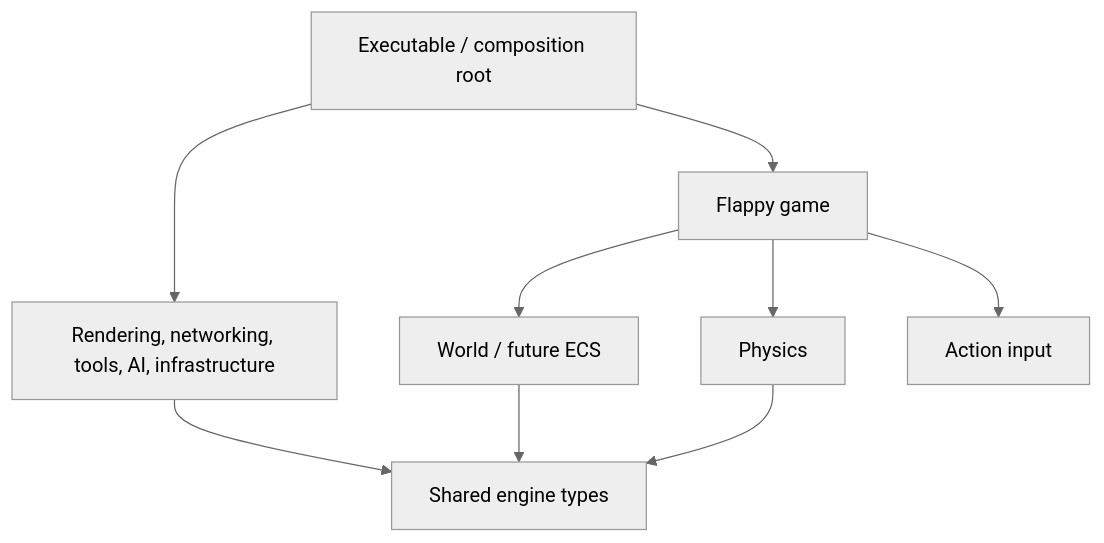
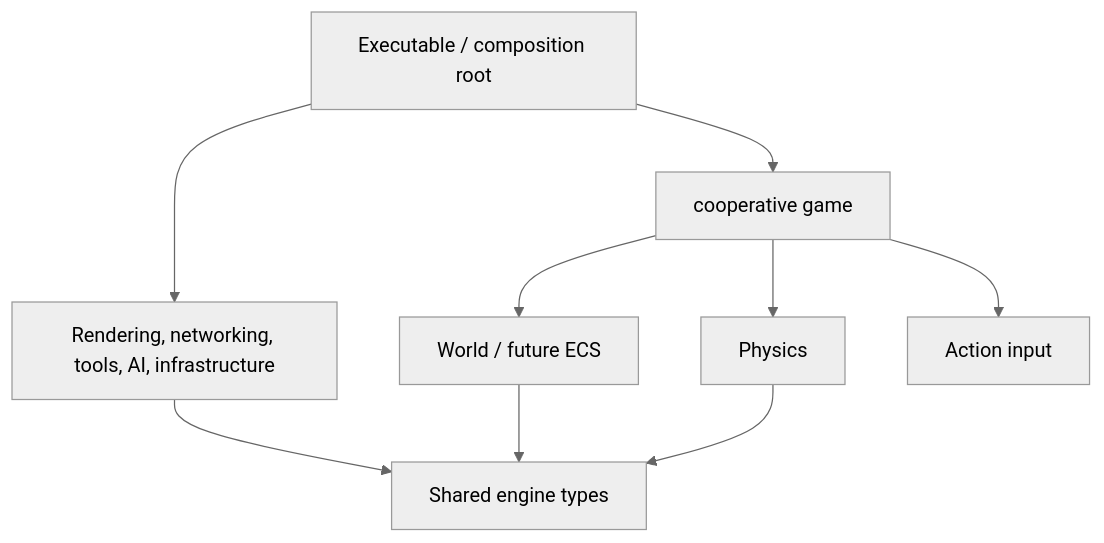
One commit to Arvincoder15/CISC-320-Group-2 changed the diagram in docs/ARCHITECTURE.md. Above: the diagram before and after it, drawn with Mermaid (neutral theme). The commit also changed other lines of this file and 42 other files, not shown here.

````diff
--- a/docs/ARCHITECTURE.md
+++ b/docs/ARCHITECTURE.md
@@ -7,11 +7,11 @@
 ```mermaid
 flowchart TD
-    App[Executable / composition root] --> Game[Flappy game]
+    App[Executable / composition root] --> Game[cooperative game]
     App --> Adapters[Rendering, networking, tools, AI, infrastructure]
     Game --> World[World / future ECS]
     Game --> Physics[Physics]
     Game --> Input[Action input]
     Adapters --> Types[Shared engine types]
     World --> Types
     Physics --> Types
 ```
````
